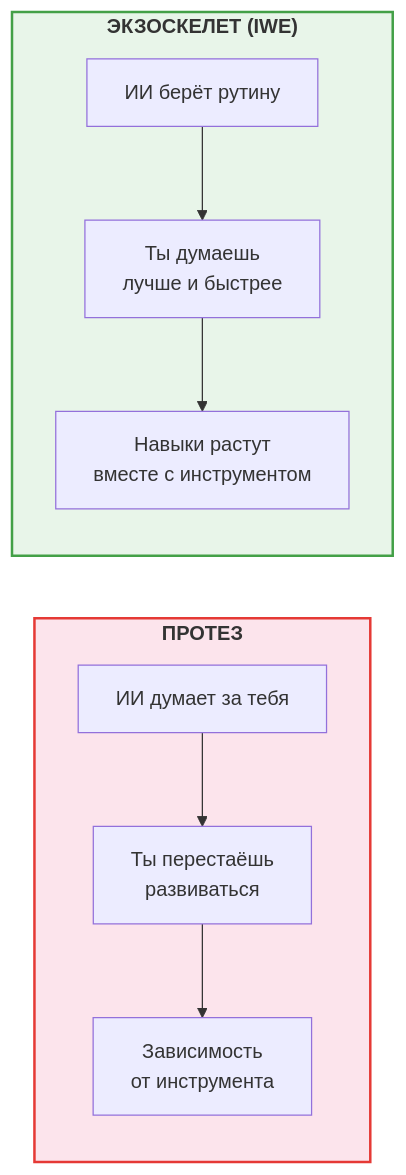
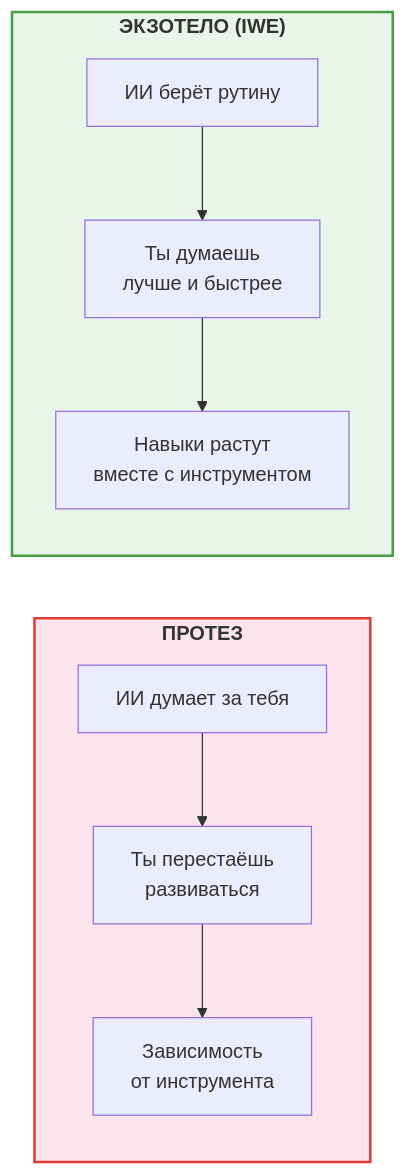
The seventh of 8 diagrams in docs/onboarding/onboarding-diagrams.md (klimentjev/FMT-exocortex-template), drawn with Mermaid before and after one commit. The commit also changed other lines of this file and 31 other files, not shown here.

````diff
--- a/docs/onboarding/onboarding-diagrams.md
+++ b/docs/onboarding/onboarding-diagrams.md
@@ -167,21 +211,21 @@
 ```mermaid
 graph LR
     subgraph bad["<b>ПРОТЕЗ</b>"]
         direction TB
         B1["ИИ думает за тебя"]
         B2["Ты перестаёшь<br/>развиваться"]
         B3["Зависимость<br/>от инструмента"]
         B1 --> B2 --> B3
     end
 
-    subgraph good["<b>ЭКЗОСКЕЛЕТ (IWE)</b>"]
+    subgraph good["<b>ЭКЗОТЕЛО (IWE)</b>"]
         direction TB
         G1["ИИ берёт рутину"]
         G2["Ты думаешь<br/>лучше и быстрее"]
         G3["Навыки растут<br/>вместе с инструментом"]
         G1 --> G2 --> G3
     end
 
     style bad fill:#fce4ec,stroke:#e53935,stroke-width:2px
     style good fill:#e8f5e9,stroke:#43a047,stroke-width:2px
 ```
````
